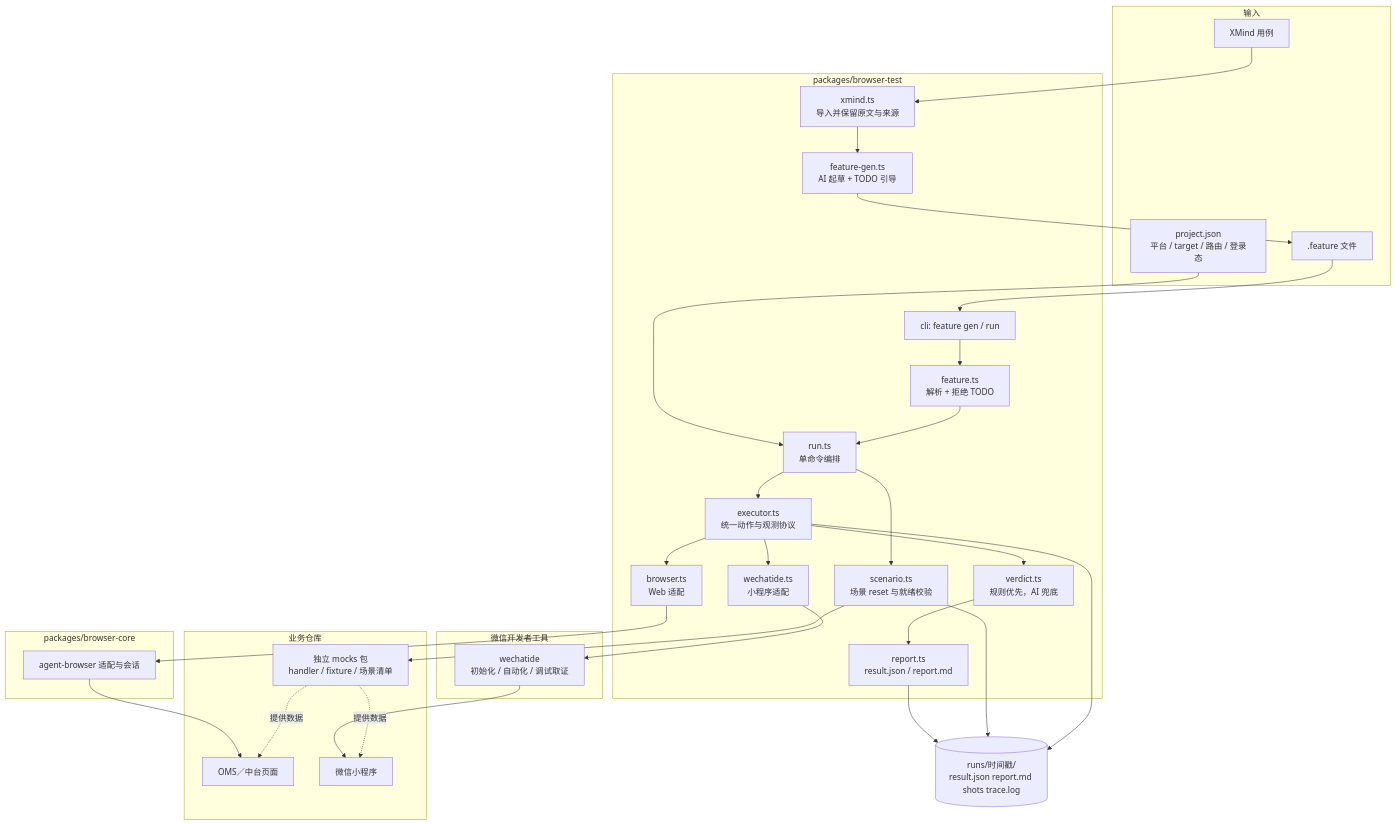
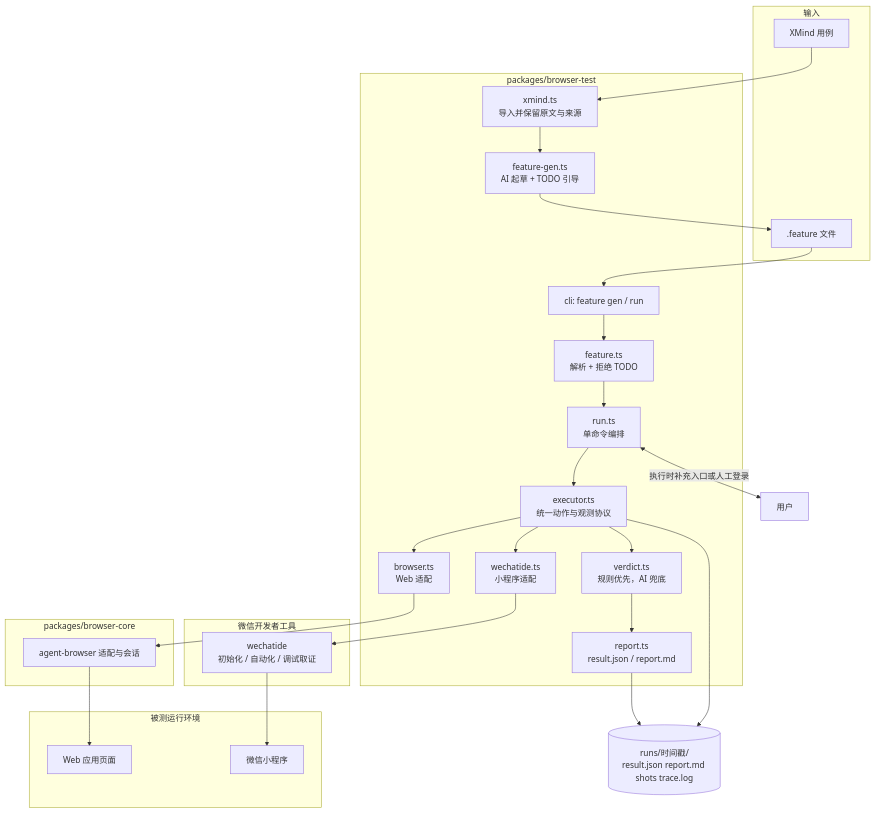
The first of 4 diagrams in docs/browser-test-technical-plan.md (Mone-Lee/browser-automated), drawn with Mermaid before and after one commit. The commit also changed other lines of this file and 5 other files, not shown here.

````diff
--- a/docs/browser-test-technical-plan.md
+++ b/docs/browser-test-technical-plan.md
@@ -47,52 +42,45 @@
 ```mermaid
 flowchart TB
     subgraph Input[输入]
         XM[XMind 用例]
         FE[.feature 文件]
-        PJ[project.json<br/>平台 / target / 路由 / 登录态]
     end
 
     subgraph BT[packages/browser-test]
         CLI[cli: feature gen / run]
         XI[xmind.ts<br/>导入并保留原文与来源]
         FG[feature-gen.ts<br/>AI 起草 + TODO 引导]
         FP[feature.ts<br/>解析 + 拒绝 TODO]
         RUN[run.ts<br/>单命令编排]
-        SC[scenario.ts<br/>场景 reset 与就绪校验]
         EX[executor.ts<br/>统一动作与观测协议]
         BR[browser.ts<br/>Web 适配]
         WX[wechatide.ts<br/>小程序适配]
         VD[verdict.ts<br/>规则优先，AI 兜底]
         RP[report.ts<br/>result.json / report.md]
     end
 
     subgraph Core[packages/browser-core]
         AB[agent-browser 适配与会话]
     end
 
     subgraph DevTools[微信开发者工具]
         WI[wechatide<br/>初始化 / 自动化 / 调试取证]
     end
 
-    subgraph Biz[业务仓库]
-        MK[独立 mocks 包<br/>handler / fixture / 场景清单]
-        APP[OMS／中台页面]
+    subgraph Biz[被测运行环境]
+        APP[Web 应用页面]
         MP[微信小程序]
     end
 
     OUT[(runs/时间戳/<br/>result.json report.md shots trace.log)]
 
     XM --> XI --> FG --> FE
     FE --> CLI
-    PJ --> RUN
     CLI --> FP --> RUN
-    RUN --> SC --> MK
+    RUN <-->|执行时补充入口或人工登录| U[用户]
     RUN --> EX
     EX --> BR --> AB --> APP
     EX --> WX --> WI --> MP
-    MK -. 提供数据 .-> APP
-    MK -. 提供数据 .-> MP
     EX --> VD --> RP --> OUT
-    SC --> OUT
     EX --> OUT
 ```
````
